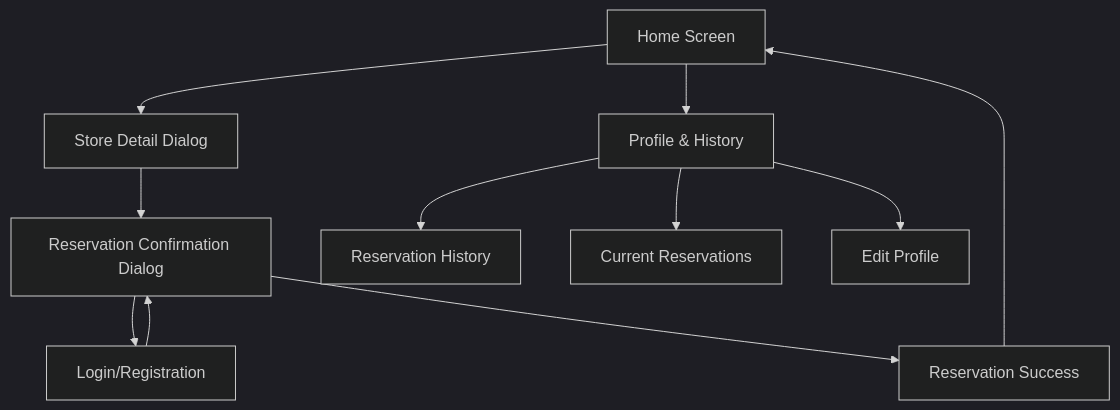
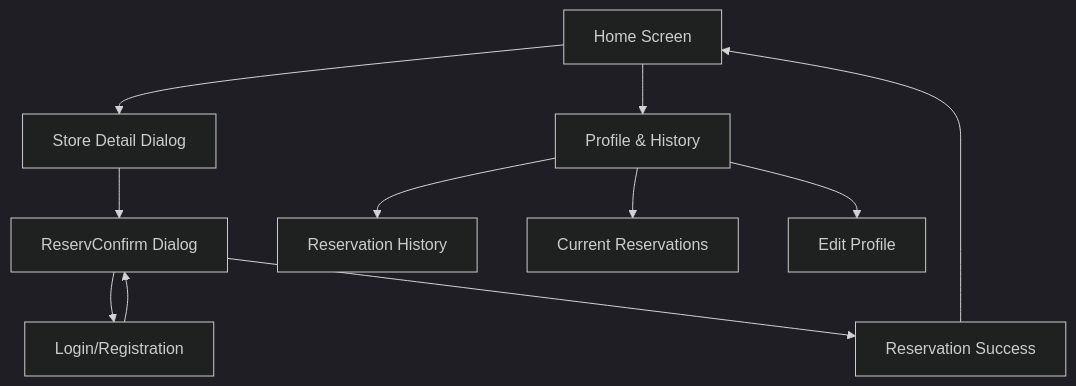
The sixth of 6 diagrams in planning/ConceptInterfaces.md (vanakenm/hyf-frontend-template), drawn with Mermaid (dark theme) before and after one commit. The commit also changed other lines of this file, not shown here.

Commit message:
diagram2

````diff
--- a/planning/ConceptInterfaces.md
+++ b/planning/ConceptInterfaces.md
@@ -87,13 +87,13 @@
 ```mermaid
 graph TD
     A[Home Screen] --> B[Store Detail Dialog]
-    B --> C[Reservation Confirmation Dialog]
+    B --> C[ ReservConfirm Dialog]
     C --> D[Login/Registration]
     D --> C
     C --> E[Reservation Success]
     E --> A
     A --> F[Profile & History]
     F --> G[Reservation History]
     F --> H[Current Reservations]
     F --> I[Edit Profile]
 ```
````
